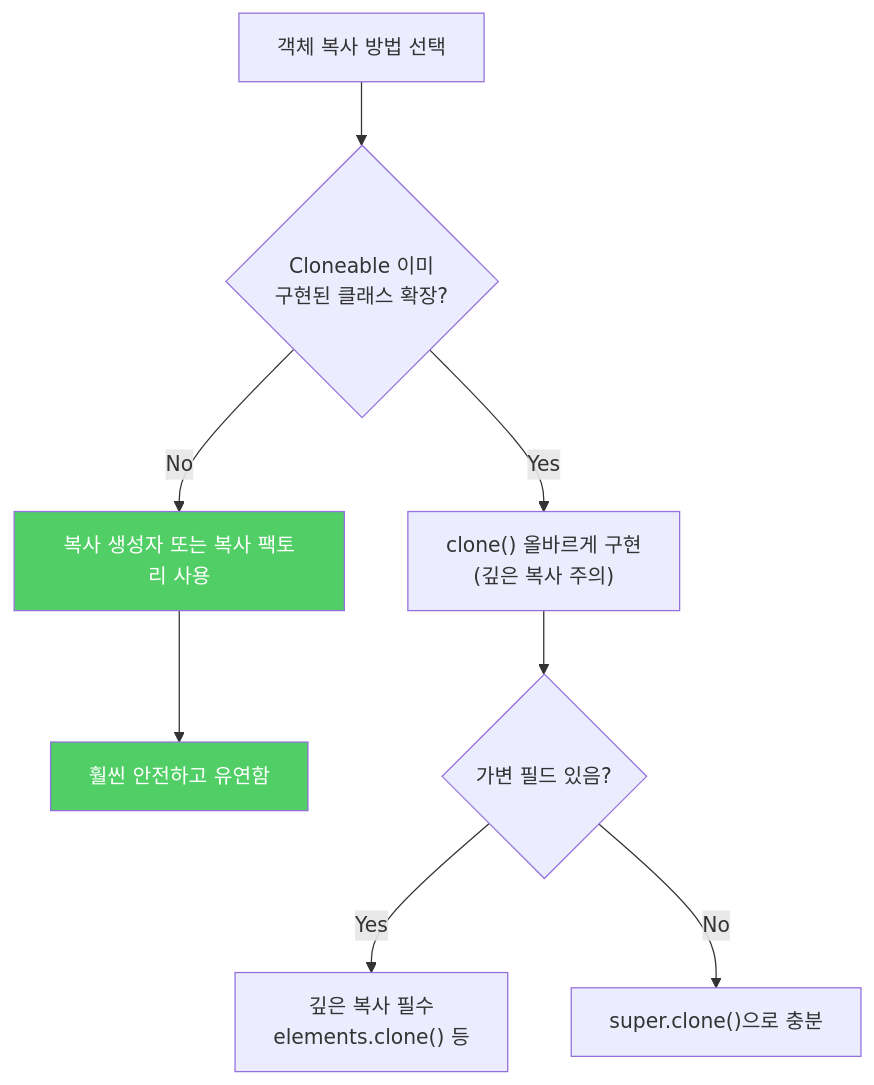
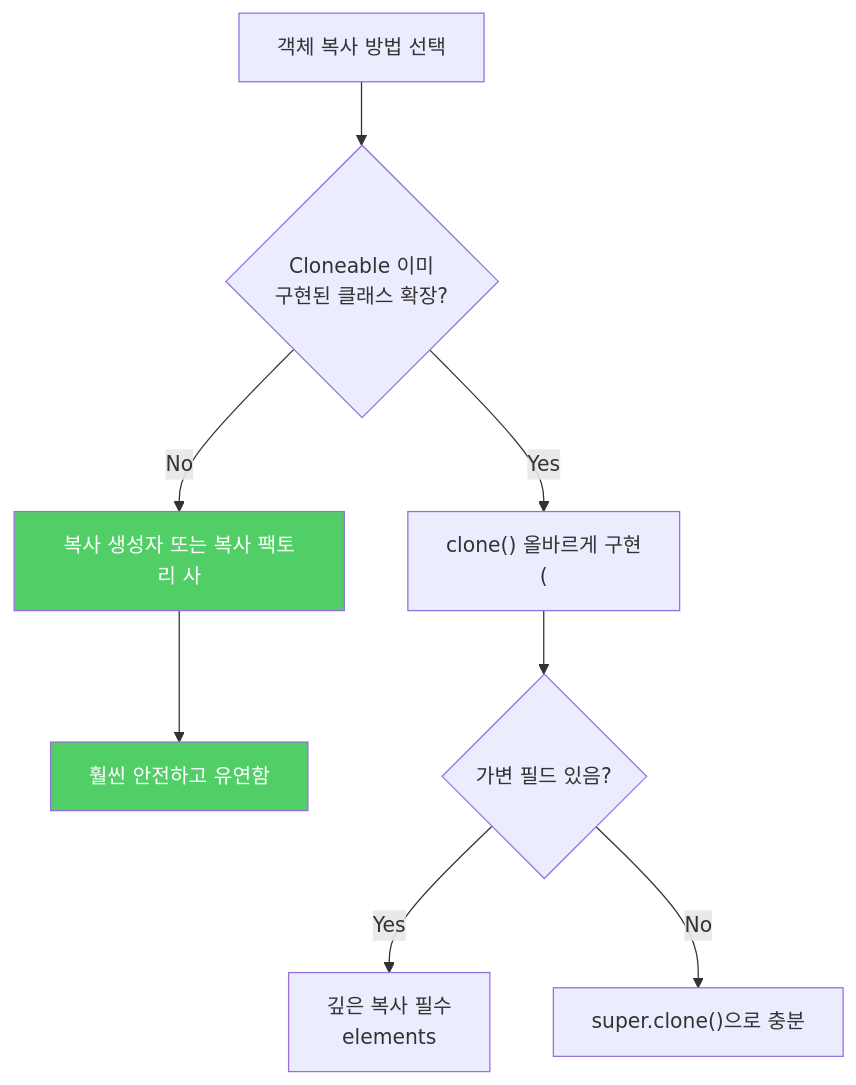
One commit to yjkim2015/yjkim2015.github.io changed the fourth of 4 diagrams in _posts/java/2021-12-27-effective-java13.md. Above: the diagram before and after it, drawn with Mermaid. The commit also changed other lines of this file and 271 other files, not shown here.

First line of the commit message:
Mermaid 라벨 축소: 긴 노드 텍스트 18자 이하로 트림 + \n 제거

````diff
--- a/_posts/java/2021-12-27-effective-java13.md
+++ b/_posts/java/2021-12-27-effective-java13.md
@@ -228,12 +228,12 @@
 ```mermaid
 graph TD
     A["객체 복사 방법 선택"] --> B{"Cloneable 이미\n구현된 클래스 확장?"}
-    B -->|"Yes"| C["clone() 올바르게 구현\n(깊은 복사 주의)"]
-    B -->|"No"| D["복사 생성자 또는 복사 팩토리 사용"]
+    B -->|"Yes"| C["clone() 올바르게 구현\n("]
+    B -->|"No"| D["복사 생성자 또는 복사 팩토리 사"]
     D --> D1["훨씬 안전하고 유연함"]
     C --> E{"가변 필드 있음?"}
-    E -->|"Yes"| F["깊은 복사 필수\nelements.clone() 등"]
+    E -->|"Yes"| F["깊은 복사 필수\nelements"]
     E -->|"No"| G["super.clone()으로 충분"]
     style D fill:#51cf66,color:#fff
     style D1 fill:#51cf66,color:#fff
 ```
````
